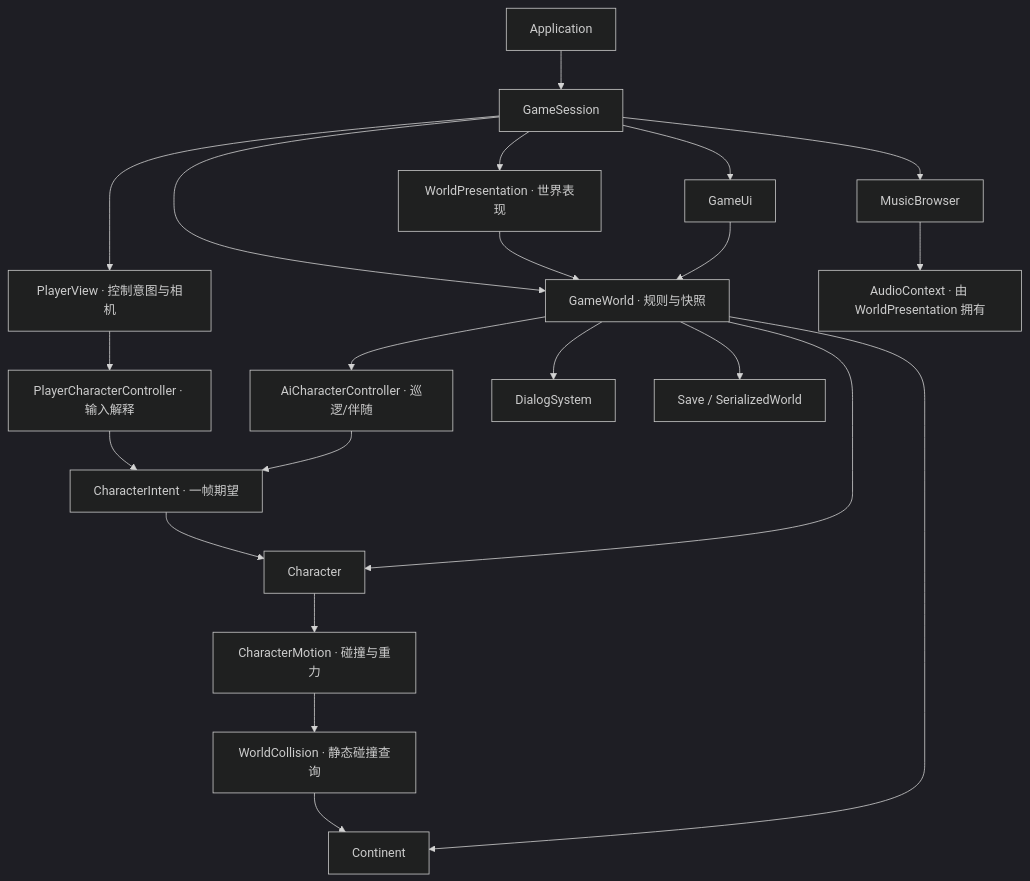
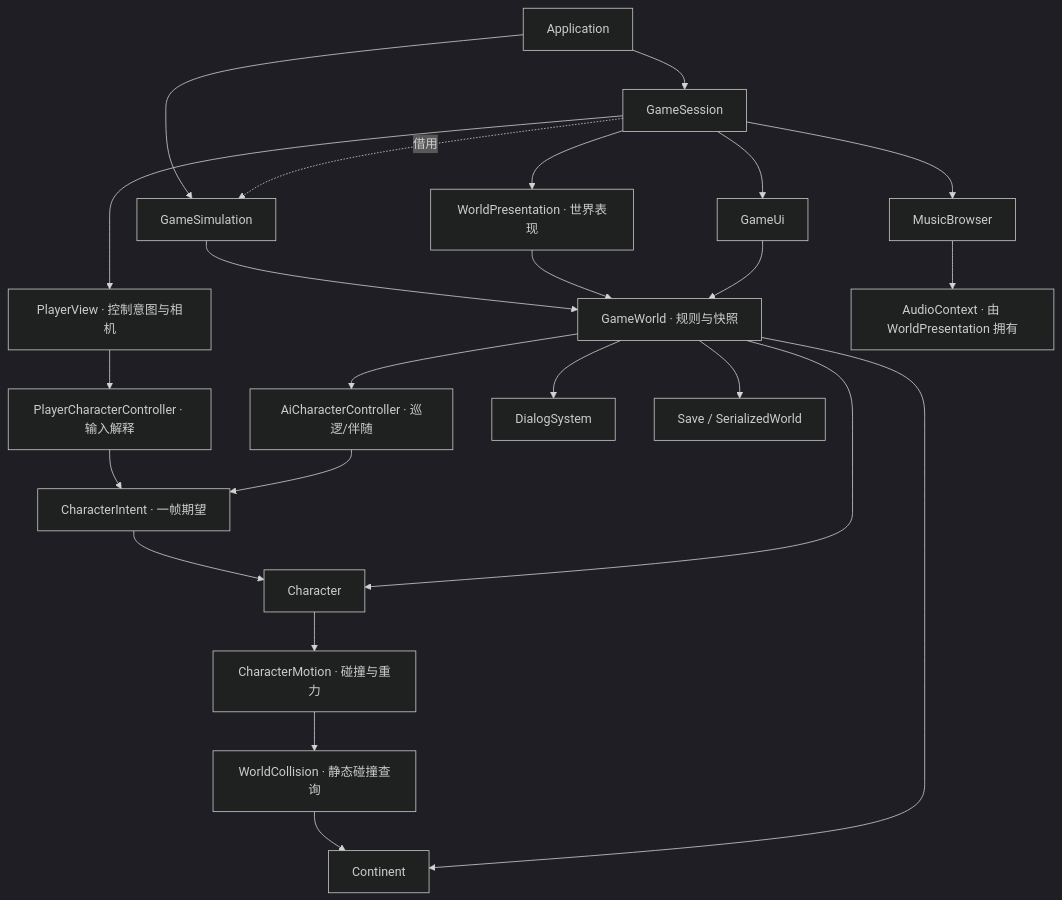
The second of 3 diagrams in docs/module-dependencies.md (ShelpAm/lc1), drawn with Mermaid (dark theme) before and after one commit. The commit also changed other lines of this file and 48 other files, not shown here.

````diff
--- a/docs/module-dependencies.md
+++ b/docs/module-dependencies.md
@@ -22,24 +22,26 @@
 ```mermaid
 flowchart TD
     app[Application] --> session[GameSession]
-    session --> world["GameWorld · 规则与快照"]
+    app --> simulation[GameSimulation]
+    session -. 借用 .-> simulation
+    simulation --> world["GameWorld · 规则与快照"]
     session --> view["WorldPresentation · 世界表现"]
     session --> player["PlayerView · 控制意图与相机"]
     session --> ui[GameUi]
     session --> music[MusicBrowser]
     view --> world
     ui --> world
     player --> controller["PlayerCharacterController · 输入解释"]
     controller --> intent["CharacterIntent · 一帧期望"]
     ai["AiCharacterController · 巡逻/伴随"] --> intent
     intent --> character[Character]
     world --> ai
     world --> character
     character --> motion["CharacterMotion · 碰撞与重力"]
     motion --> collision["WorldCollision · 静态碰撞查询"]
     collision --> continent
     world --> continent[Continent]
     world --> dialog[DialogSystem]
     world --> save["Save / SerializedWorld"]
     music --> audio["AudioContext · 由 WorldPresentation 拥有"]
 ```
````
